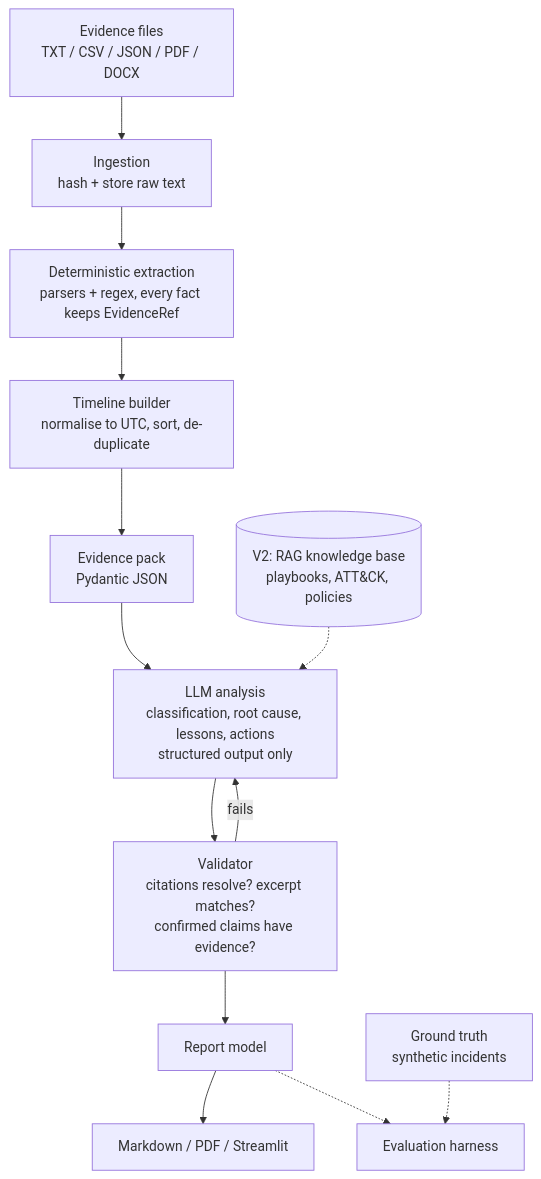
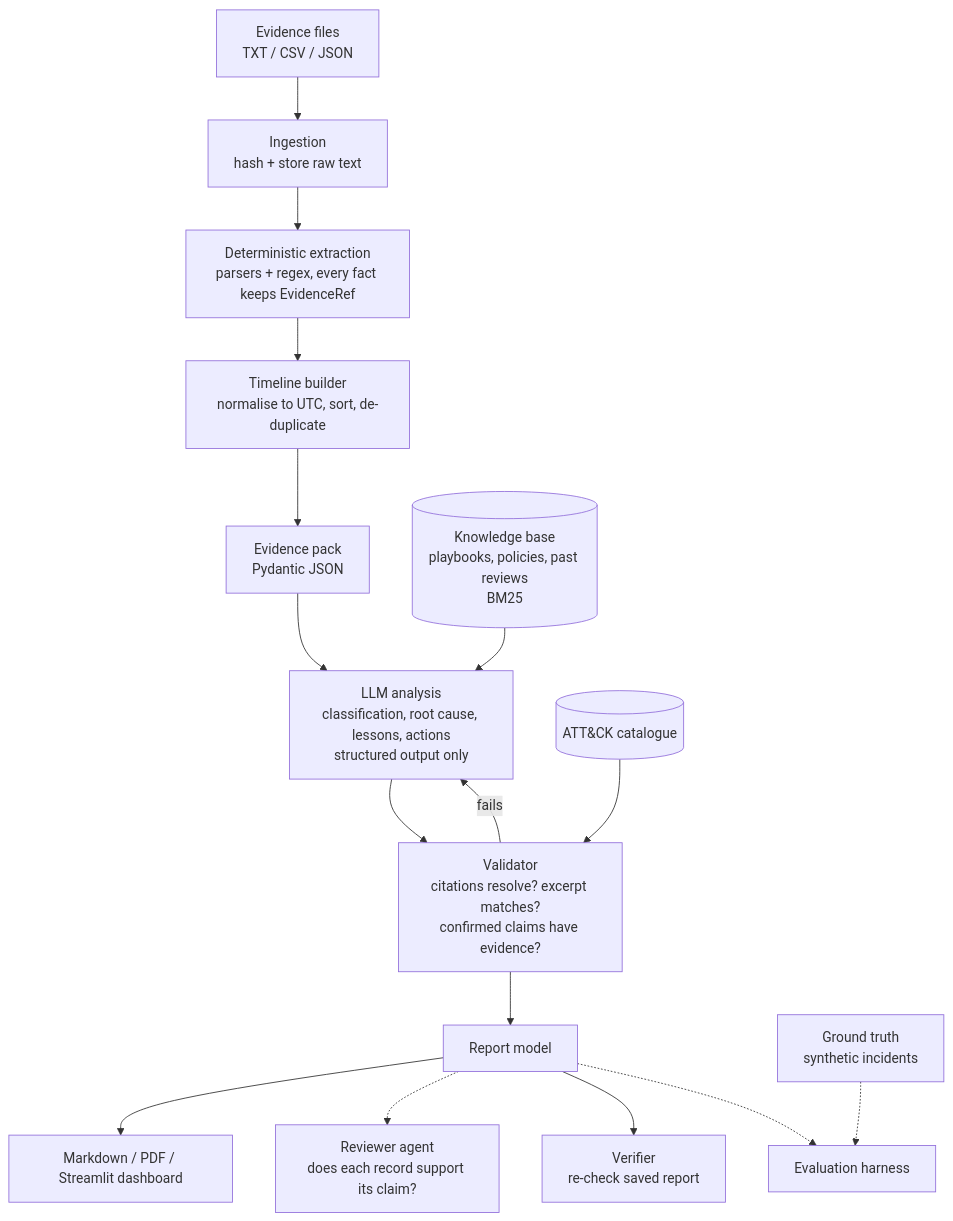
The diagram in docs/architecture.md (NamanSaini04/incident-postmortem-generator), drawn with Mermaid before and after one commit. The commit also changed other lines of this file and 9 other files, not shown here.

````diff
--- a/docs/architecture.md
+++ b/docs/architecture.md
@@ -18,15 +18,18 @@
 ```mermaid
 flowchart TD
-    A[Evidence files<br/>TXT / CSV / JSON / PDF / DOCX] --> B[Ingestion<br/>hash + store raw text]
+    A[Evidence files<br/>TXT / CSV / JSON] --> B[Ingestion<br/>hash + store raw text]
     B --> C[Deterministic extraction<br/>parsers + regex, every fact keeps EvidenceRef]
     C --> D[Timeline builder<br/>normalise to UTC, sort, de-duplicate]
     D --> E[Evidence pack<br/>Pydantic JSON]
     E --> F[LLM analysis<br/>classification, root cause, lessons, actions<br/>structured output only]
     F --> G[Validator<br/>citations resolve? excerpt matches?<br/>confirmed claims have evidence?]
     G -->|fails| F
     G --> H[Report model]
-    H --> I[Markdown / PDF / Streamlit]
-    J[(V2: RAG knowledge base<br/>playbooks, ATT&CK, policies)] -.-> F
+    H --> I[Markdown / PDF / Streamlit dashboard]
+    J[(Knowledge base<br/>playbooks, policies, past reviews<br/>BM25)] --> F
+    M[(ATT&CK catalogue)] --> G
+    H -.-> G2[Reviewer agent<br/>does each record support its claim?]
+    H --> V[Verifier<br/>re-check saved report]
     K[Ground truth<br/>synthetic incidents] -.-> L[Evaluation harness]
     H -.-> L
 ```
````
